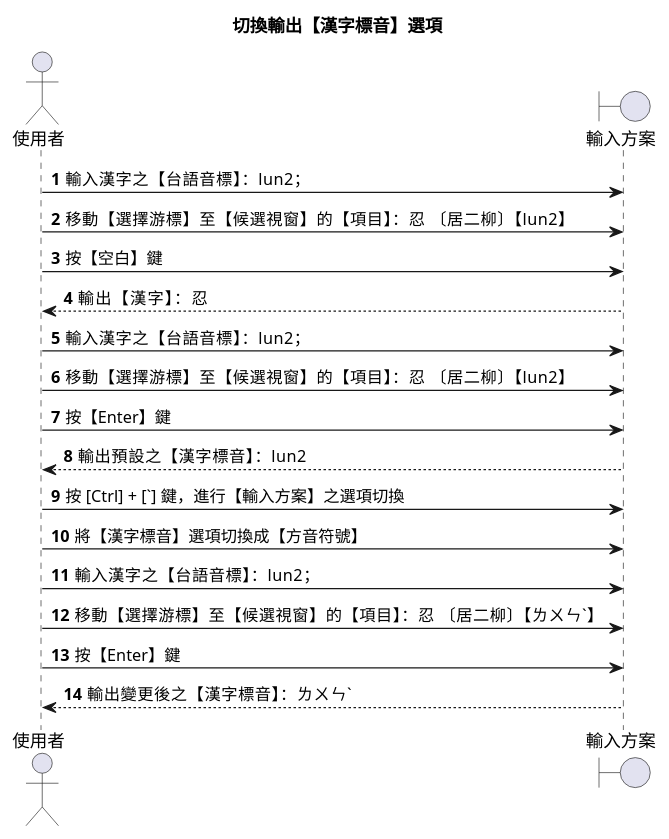
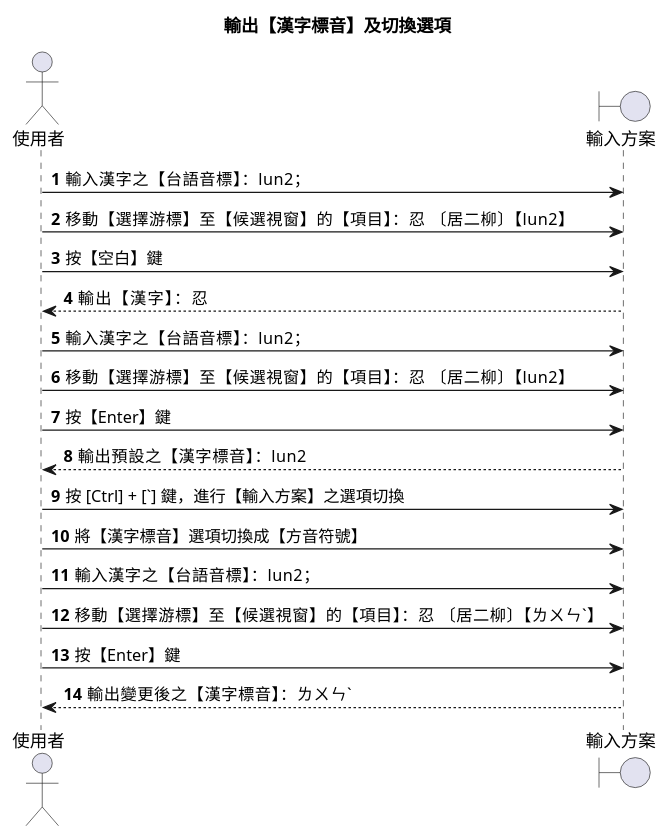
Before and after one commit to AlanJui/rime-tlpa: the seventh of 7 diagrams in docs/310_反切輸入法【台語音標】設計規格.md, drawn with PlantUML. The commit also changed other lines of this file, not shown here.

````diff
--- a/docs/310_反切輸入法【台語音標】設計規格.md
+++ b/docs/310_反切輸入法【台語音標】設計規格.md
@@ -499,27 +487,27 @@
 ```plantuml
 @startuml
-title 切換輸出【漢字標音】選項
+title 輸出【漢字標音】及切換選項
 actor 使用者 as user
 boundary 輸入方案 as ime
 autonumber
 
 user -> ime: 輸入漢字之【台語音標】：lun2；
 user -> ime : 移動【選擇游標】至【候選視窗】的【項目】：忍 〔居二柳〕【lun2】
 user -> ime : 按【空白】鍵
 ime --> user : 輸出【漢字】：忍
 
 user -> ime: 輸入漢字之【台語音標】：lun2；
 user -> ime : 移動【選擇游標】至【候選視窗】的【項目】：忍 〔居二柳〕【lun2】
 user -> ime : 按【Enter】鍵
 ime --> user : 輸出預設之【漢字標音】：lun2
 
 user -> ime : 按 [Ctrl] + [`] 鍵，進行【輸入方案】之選項切換
 user -> ime : 將【漢字標音】選項切換成【方音符號】
 
 user -> ime: 輸入漢字之【台語音標】：lun2；
 user -> ime : 移動【選擇游標】至【候選視窗】的【項目】：忍 〔居二柳〕【ㄌㄨㄣˋ】
 user -> ime : 按【Enter】鍵
 ime --> user : 輸出變更後之【漢字標音】：ㄌㄨㄣˋ
 
 @enduml
 ```
````
